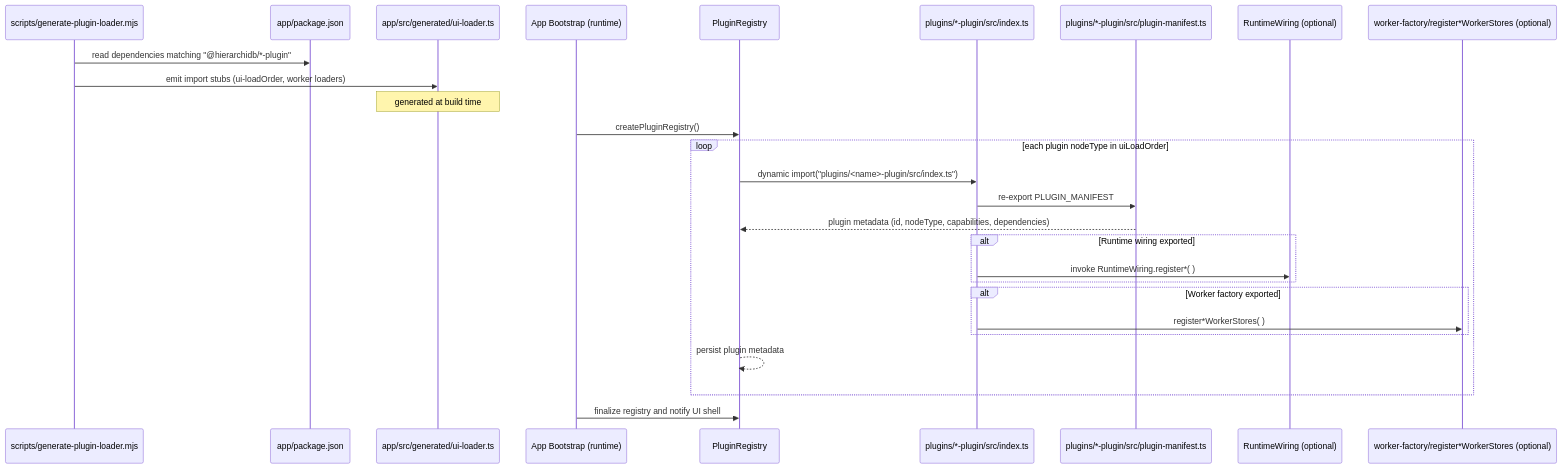
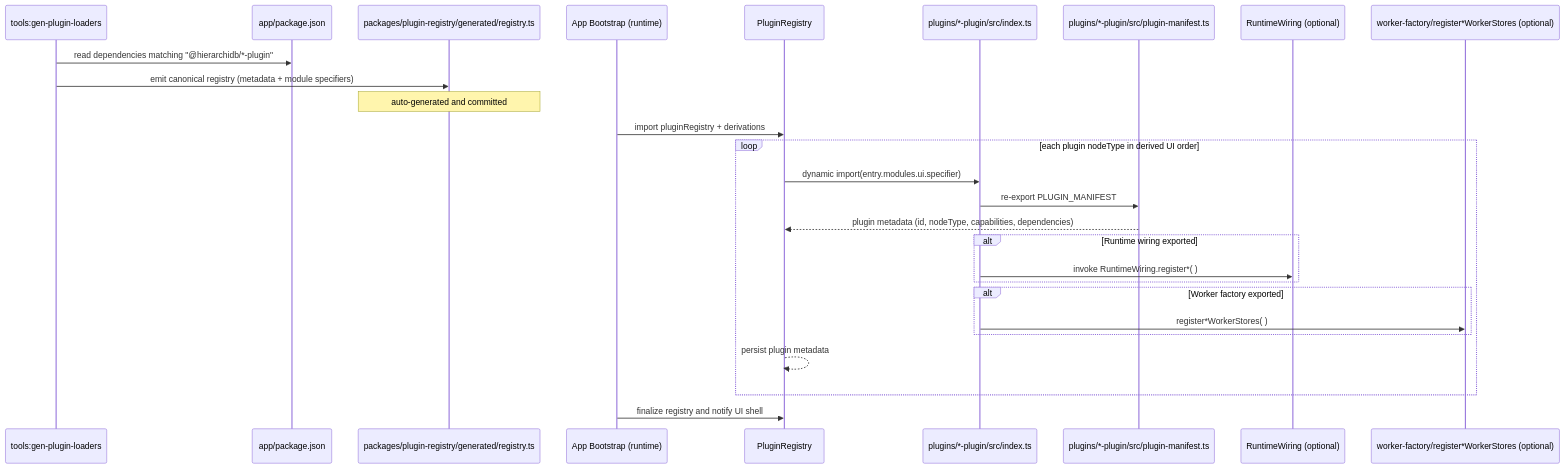
One commit to kubohiroya/hierarchidb changed the diagram in docs/data-plugin-flow-1.md. Above: the diagram before and after it, drawn with Mermaid. The commit also changed other lines of this file and 158 other files, not shown here.

````diff
--- a/docs/data-plugin-flow-1.md
+++ b/docs/data-plugin-flow-1.md
@@ -3,31 +3,31 @@
 ```mermaid
 sequenceDiagram
-    participant Build as scripts/generate-plugin-loader.mjs
+    participant Build as tools:gen-plugin-loaders
     participant AppPkg as app/package.json
-    participant LoaderFile as app/src/generated/ui-loader.ts
+    participant RegistryFile as packages/plugin-registry/generated/registry.ts
     participant Host as App Bootstrap (runtime)
     participant Registry as PluginRegistry
     participant PluginPkg as plugins/*-plugin/src/index.ts
     participant Manifest as plugins/*-plugin/src/plugin-manifest.ts
     participant Runtime as RuntimeWiring (optional)
     participant WorkerFactory as worker-factory/register*WorkerStores (optional)
 
     Build->>AppPkg: read dependencies matching "@hierarchidb/*-plugin"
-    Build->>LoaderFile: emit import stubs (ui-loadOrder, worker loaders)
-    Note over LoaderFile: generated at build time
+    Build->>RegistryFile: emit canonical registry (metadata + module specifiers)
+    Note over RegistryFile: auto-generated and committed
 
-    Host->>Registry: createPluginRegistry()
-    loop each plugin nodeType in uiLoadOrder
-        Registry->>PluginPkg: dynamic import("plugins/<name>-plugin/src/index.ts")
+    Host->>Registry: import pluginRegistry + derivations
+    loop each plugin nodeType in derived UI order
+        Registry->>PluginPkg: dynamic import(entry.modules.ui.specifier)
         PluginPkg->>Manifest: re-export PLUGIN_MANIFEST
         Manifest-->>Registry: plugin metadata (id, nodeType, capabilities, dependencies)
         alt Runtime wiring exported
             PluginPkg->>Runtime: invoke RuntimeWiring.register*( )
         end
         alt Worker factory exported
             PluginPkg->>WorkerFactory: register*WorkerStores( )
         end
         Registry-->>Registry: persist plugin metadata
     end
     Host->>Registry: finalize registry and notify UI shell
 ```
````
